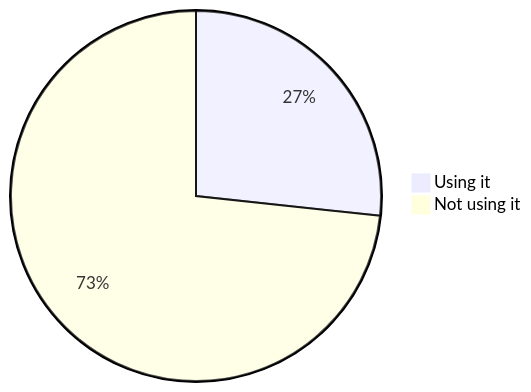
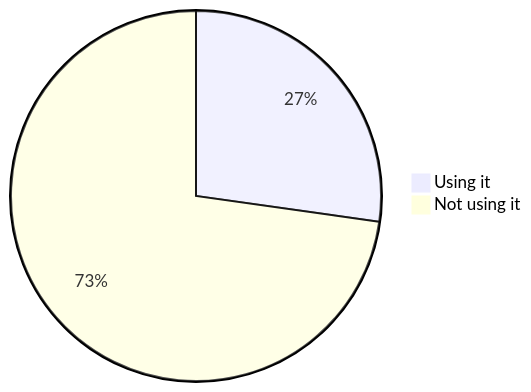
Diagram 14 of 22 in stats.md (oshp/oshp-stats), drawn with Mermaid before and after one commit. The commit also changed other lines of this file, not shown here.

````diff
--- a/stats.md
+++ b/stats.md
@@ -166,6 +166,6 @@
 ```mermaid
 pie
-	"Using it" : 26.7
-	"Not using it" : 73.3
+	"Using it" : 27.23
+	"Not using it" : 72.77
 
 ```
````
